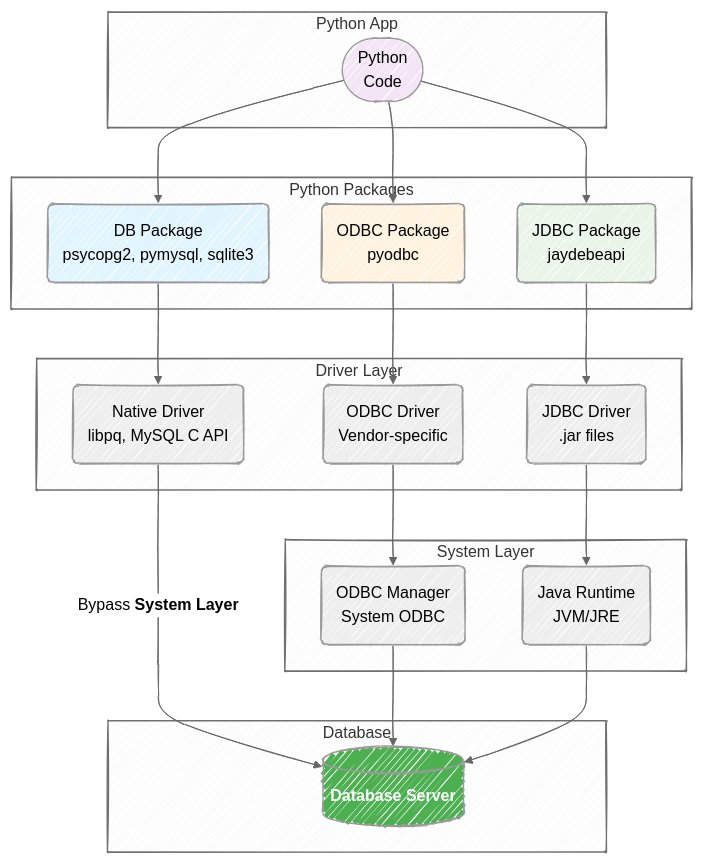
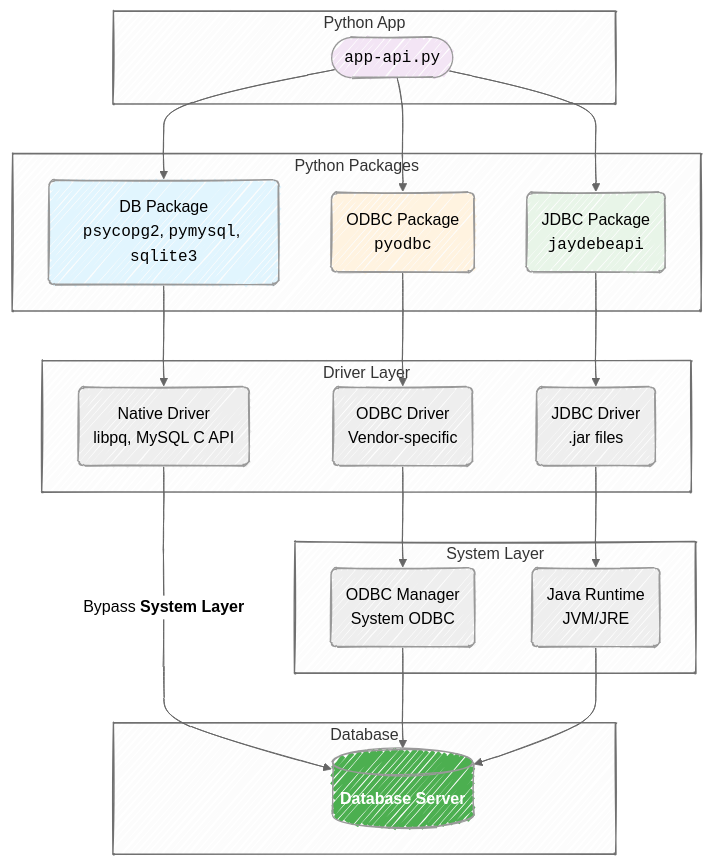
Before and after one commit to mjfrigaard/do4ds-labs: the first of 6 diagrams in lab3.qmd, drawn with Mermaid. The commit also changed other lines of this file and 62 other files, not shown here.

````diff
--- a/lab3.qmd
+++ b/lab3.qmd
@@ -58,53 +58,53 @@
 ```{mermaid}
 %%| fig-cap: 'Python DB Connections'
 %%| fig-align: center
 %%{init: {'theme': 'neutral', 'look': 'handDrawn', 'themeVariables': { 'fontFamily': 'monospace'}}}%%
 graph TB
     subgraph PyApp["Python App"]
-        PyCode(["Python<br>Code"])
+        PyCode(["<code>app-api.py</code>"])
     end
     
     subgraph PyPkg["Python Packages"]
-        DBPkg("DB Package<br/>psycopg2, pymysql, sqlite3")
-        ODBCPkg("ODBC Package<br/>pyodbc")
-        JDBCPkg("JDBC Package<br/>jaydebeapi")
+        DBPkg("DB Package<br/><code>psycopg2</code>, <code>pymysql</code>, <code>sqlite3</code>")
+        ODBCPkg("ODBC Package<br/><code>pyodbc</code>")
+        JDBCPkg("JDBC Package<br/><code>jaydebeapi</code>")
     end
     
     subgraph Driver["Driver Layer"]
         NatDrv("Native Driver<br/>libpq, MySQL C API")
         ODBCDrv("ODBC Driver<br/>Vendor-specific")
         JDBCDrv("JDBC Driver<br/>.jar files")
     end
     
     subgraph System["System Layer"]
         ODBCSys("ODBC Manager<br/>System ODBC")
         JAVASys("Java Runtime<br/>JVM/JRE")
     end
     
     subgraph DB["Database"]
         DBServ[("<strong>Database Server</strong>")]
     end
     
     %% Direct pathway (bypasses system layer)
     PyCode --> DBPkg
     DBPkg --> NatDrv
     NatDrv --"`Bypass <strong>System Layer</strong>`"--> DBServ
     
     %% ODBC pathway
     PyCode --> ODBCPkg
     ODBCPkg --> ODBCDrv
     ODBCDrv --> ODBCSys
     ODBCSys --> DBServ
     
     %% JDBC pathway
     PyCode --> JDBCPkg
     JDBCPkg --> JDBCDrv
     JDBCDrv --> JAVASys
     JAVASys --> DBServ
     
     style PyCode fill:#f3e5f5
     style DBPkg fill:#e1f5fe
     style ODBCPkg fill:#fff3e0
     style JDBCPkg fill:#e8f5e8
     style DBServ fill:#4caf50,color:#fff
 ```
````
